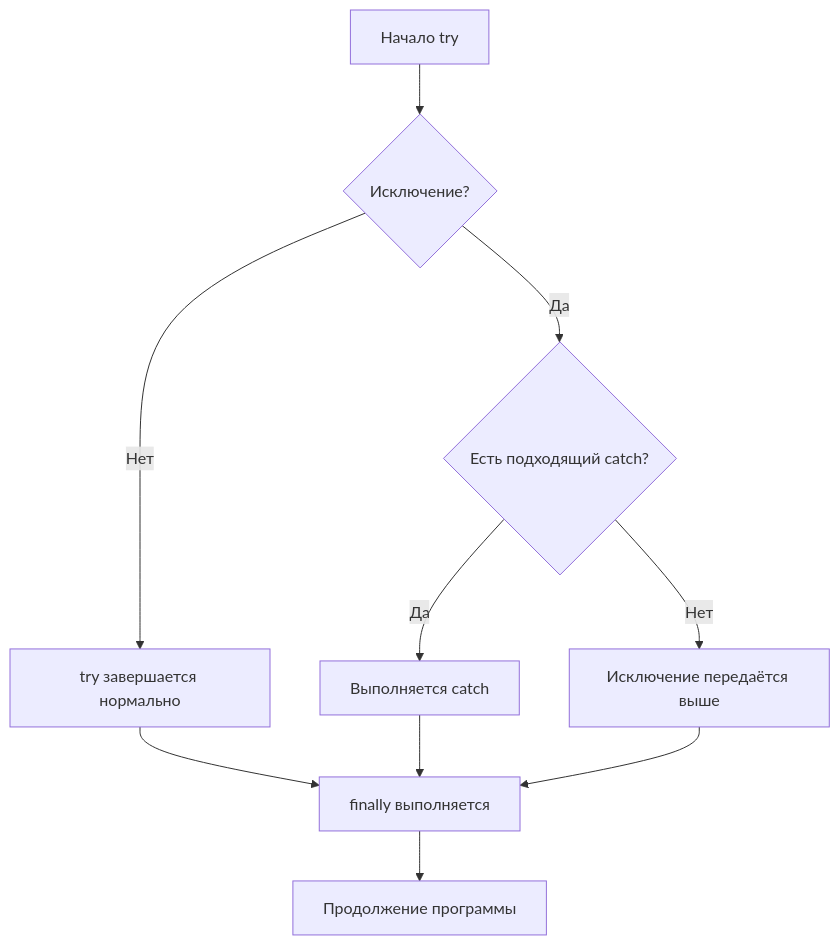
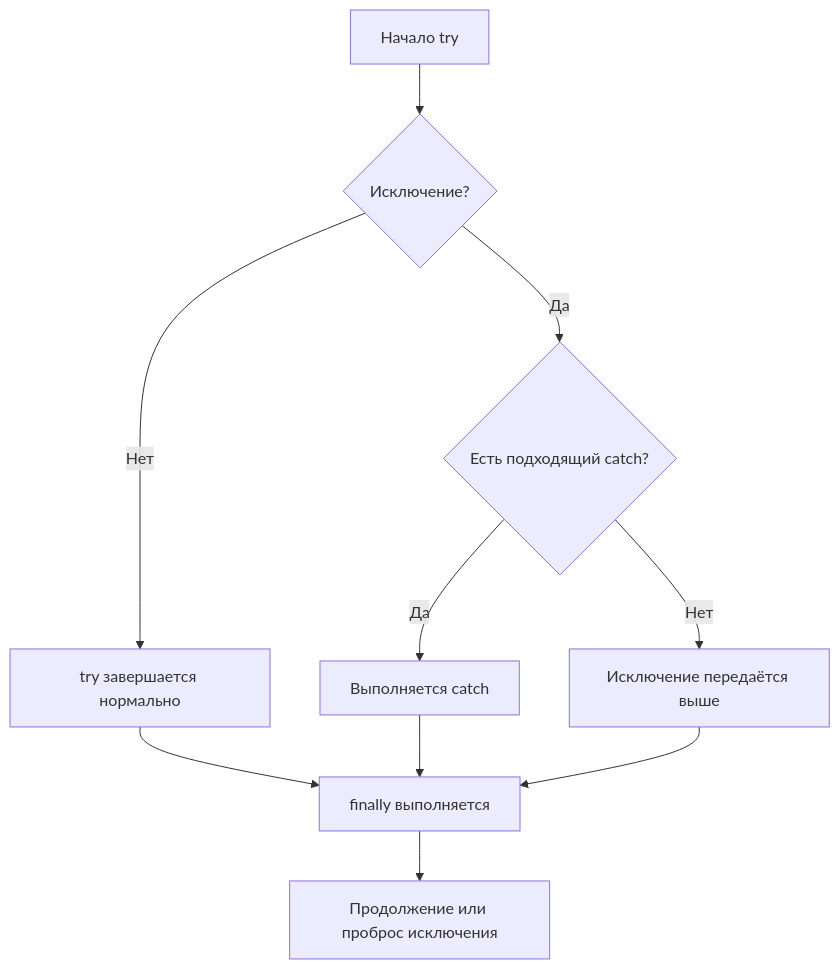
One commit to akeverus/cheat-sheet changed the fourth of 5 diagrams in cheatsheets/interview/programming-languages/java/java-conditional-statements-interview.md. Above: the diagram before and after it, drawn with Mermaid. The commit also changed other lines of this file and 154 other files, not shown here.

````diff
--- a/cheatsheets/interview/programming-languages/java/java-conditional-statements-interview.md
+++ b/cheatsheets/interview/programming-languages/java/java-conditional-statements-interview.md
@@ -794,12 +794,12 @@
 ```mermaid
 graph TD
     A[Начало try] --> B{Исключение?}
     B -->|Нет| C[try завершается нормально]
     B -->|Да| D{Есть подходящий catch?}
     D -->|Да| E[Выполняется catch]
     D -->|Нет| F[Исключение передаётся выше]
     C --> G[finally выполняется]
     E --> G
     F --> G
-    G --> H[Продолжение программы]
+    G --> H[Продолжение или проброс исключения]
 ```
````
